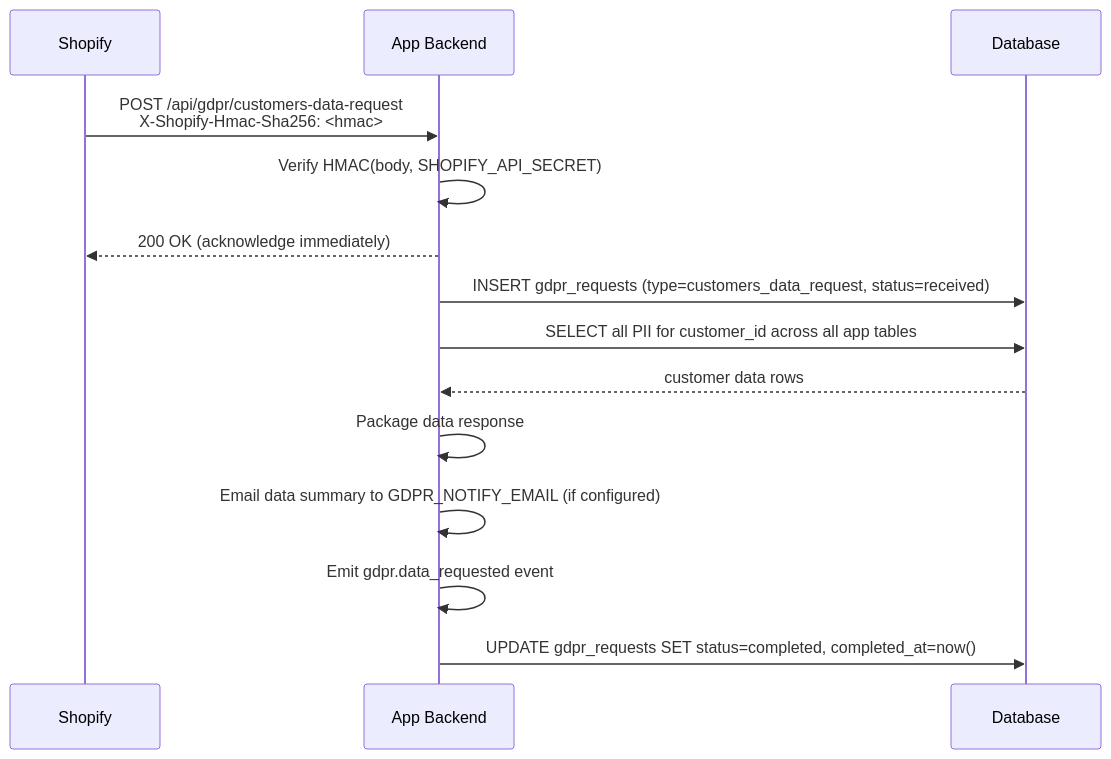
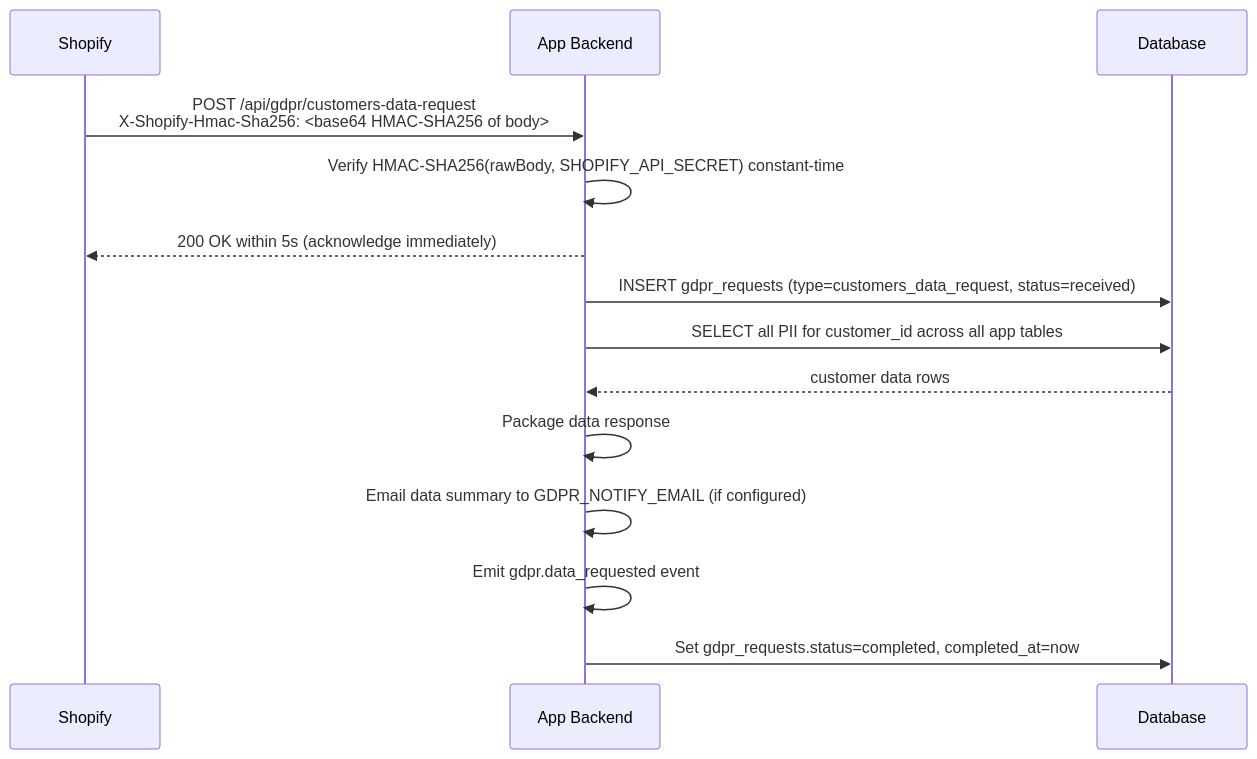
Before and after one commit to nguyenvanduocit/primitive-blocks-specs: the third of 5 diagrams in compliance/shopify-gdpr/README.md, drawn with Mermaid. The commit also changed other lines of this file and 7 other files, not shown here.

````diff
--- a/compliance/shopify-gdpr/README.md
+++ b/compliance/shopify-gdpr/README.md
@@ -144,17 +165,17 @@
 ```mermaid
 sequenceDiagram
     participant S as Shopify
     participant A as App Backend
     participant DB as Database
 
-    S->>A: POST /api/gdpr/customers-data-request<br/>X-Shopify-Hmac-Sha256: <hmac>
-    A->>A: Verify HMAC(body, SHOPIFY_API_SECRET)
-    A-->>S: 200 OK (acknowledge immediately)
+    S->>A: POST /api/gdpr/customers-data-request<br/>X-Shopify-Hmac-Sha256: <base64 HMAC-SHA256 of body>
+    A->>A: Verify HMAC-SHA256(rawBody, SHOPIFY_API_SECRET) constant-time
+    A-->>S: 200 OK within 5s (acknowledge immediately)
     A->>DB: INSERT gdpr_requests (type=customers_data_request, status=received)
     A->>DB: SELECT all PII for customer_id across all app tables
     DB-->>A: customer data rows
     A->>A: Package data response
     A->>A: Email data summary to GDPR_NOTIFY_EMAIL (if configured)
     A->>A: Emit gdpr.data_requested event
-    A->>DB: UPDATE gdpr_requests SET status=completed, completed_at=now()
+    A->>DB: Set gdpr_requests.status=completed, completed_at=now
 ```
````
